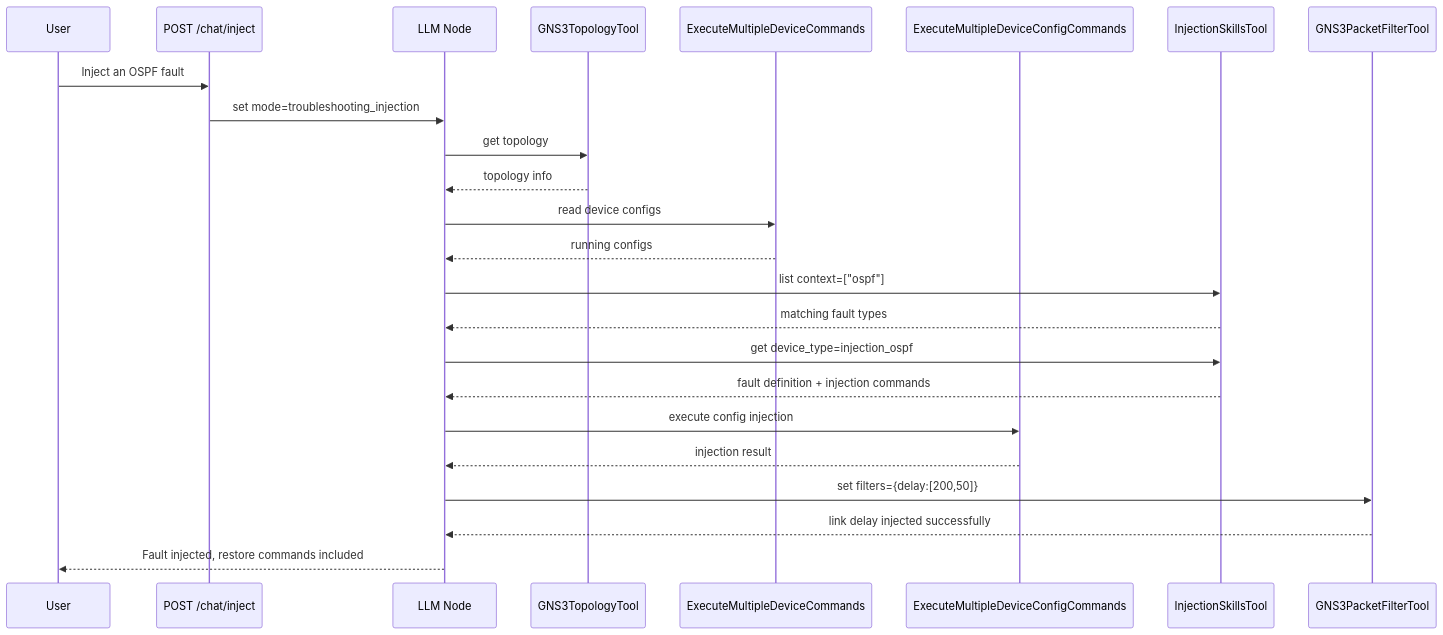
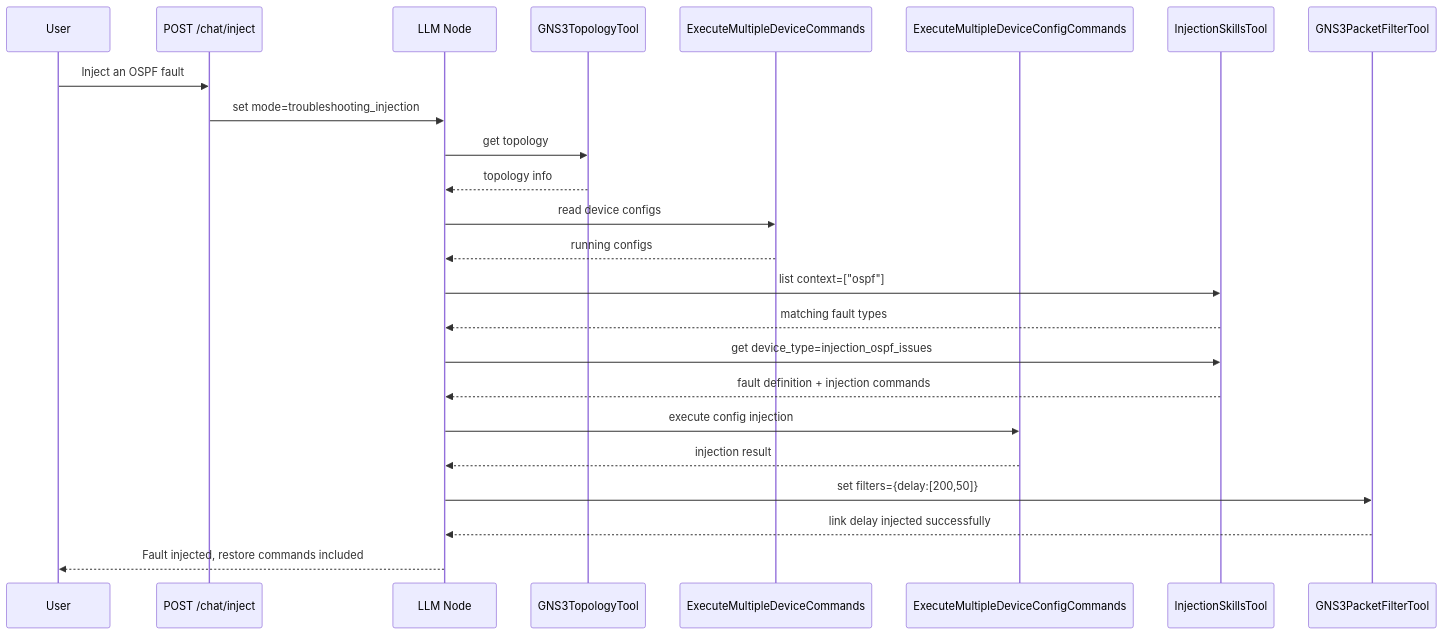
One commit to GNS3/gns3-server changed the second of 2 diagrams in docs/gns3-copilot/implemented/fault-injection-overview.en.md. Above: the diagram before and after it, drawn with Mermaid. The commit also changed 8 other files, not shown here.

First line of the commit message:
feat(mcp): injection_skill_get — expose fault-injection skills to MCP

````diff
--- a/docs/gns3-copilot/implemented/fault-injection-overview.en.md
+++ b/docs/gns3-copilot/implemented/fault-injection-overview.en.md
@@ -69,27 +69,27 @@
 ```mermaid
 sequenceDiagram
     participant U as User
     participant API as POST /chat/inject
     participant LLM as LLM Node
     participant Topo as GNS3TopologyTool
     participant DC as ExecuteMultipleDeviceCommands
     participant CC as ExecuteMultipleDeviceConfigCommands
     participant Skill as InjectionSkillsTool
     participant Filter as GNS3PacketFilterTool
 
     U->>API: Inject an OSPF fault
     API->>LLM: set mode=troubleshooting_injection
     LLM->>Topo: get topology
     Topo-->>LLM: topology info
     LLM->>DC: read device configs
     DC-->>LLM: running configs
     LLM->>Skill: list context=["ospf"]
     Skill-->>LLM: matching fault types
-    LLM->>Skill: get device_type=injection_ospf
+    LLM->>Skill: get device_type=injection_ospf_issues
     Skill-->>LLM: fault definition + injection commands
     LLM->>CC: execute config injection
     CC-->>LLM: injection result
     LLM->>Filter: set filters={delay:[200,50]}
     Filter-->>LLM: link delay injected successfully
     LLM-->>U: Fault injected, restore commands included
 ```
````
